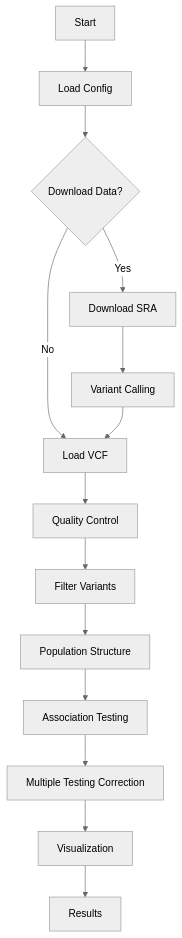
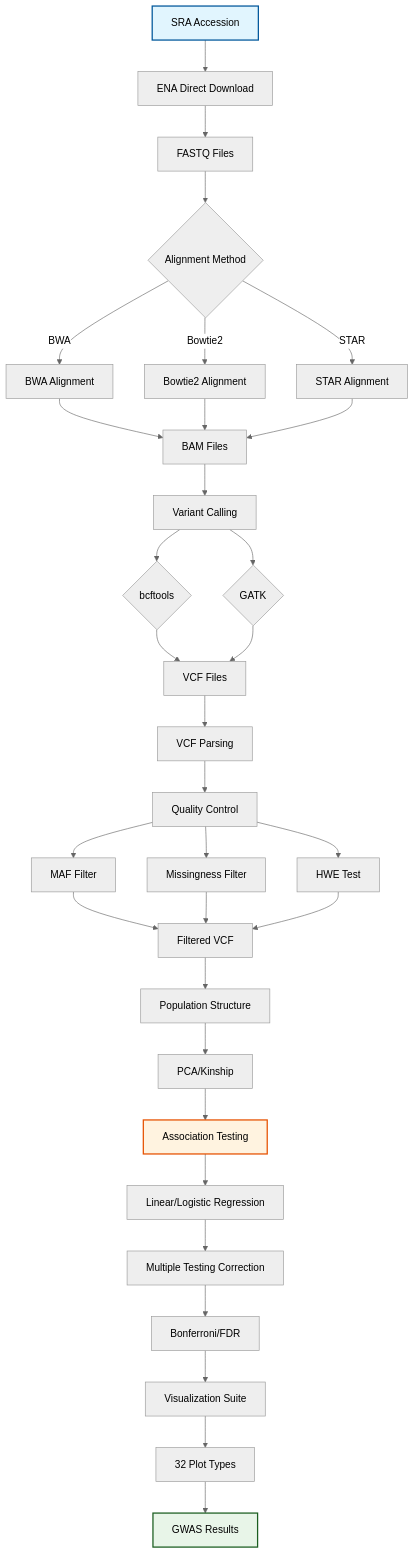
The fifth of 5 diagrams in src/metainformant/gwas/README.md (docxology/MetaInformAnt), drawn with Mermaid (neutral theme) before and after one commit. The commit also changed other lines of this file and 1159 other files, not shown here.

````diff
--- a/src/metainformant/gwas/README.md
+++ b/src/metainformant/gwas/README.md
@@ -58,16 +236,50 @@
 ```mermaid
-flowchart TD
-    Start[Start] --> Config[Load Config]
-    Config --> Download{Download Data?}
-    Download -->|Yes| SRA[Download SRA]
-    Download -->|No| Load[Load VCF]
-    SRA --> Calling[Variant Calling]
-    Calling --> Load
-    Load --> QC[Quality Control]
-    QC --> Filter[Filter Variants]
-    Filter --> Structure[Population Structure]
-    Structure --> Assoc[Association Testing]
-    Assoc --> Correct[Multiple Testing Correction]
-    Correct --> Viz[Visualization]
-    Viz --> Results[Results]
+graph TD
+    A[SRA Accession] --> B[ENA Direct Download]
+    B --> C[FASTQ Files]
+
+    C --> D{Alignment Method}
+    D -->|BWA| E[BWA Alignment]
+    D -->|Bowtie2| F[Bowtie2 Alignment]
+    D -->|STAR| G[STAR Alignment]
+
+    E --> H[BAM Files]
+    F --> H
+    G --> H
+
+    H --> I[Variant Calling]
+    I --> J{bcftools}
+    I --> K{GATK}
+
+    J --> L[VCF Files]
+    K --> L
+
+    L --> M[VCF Parsing]
+    M --> N[Quality Control]
+
+    N --> O[MAF Filter]
+    N --> P[Missingness Filter]
+    N --> Q[HWE Test]
+
+    O --> R[Filtered VCF]
+    P --> R
+    Q --> R
+
+    R --> S[Population Structure]
+    S --> T[PCA/Kinship]
+
+    T --> U[Association Testing]
+    U --> V[Linear/Logistic Regression]
+
+    V --> W[Multiple Testing Correction]
+    W --> X[Bonferroni/FDR]
+
+    X --> Y[Visualization Suite]
+    Y --> Z[32 Plot Types]
+
+    Z --> AA[GWAS Results]
+
+    style A fill:#e1f5fe,stroke:#01579b,stroke-width:2px
+    style U fill:#fff3e0,stroke:#e65100,stroke-width:2px
+    style AA fill:#e8f5e8,stroke:#1b5e20,stroke-width:2px
 ```
````
